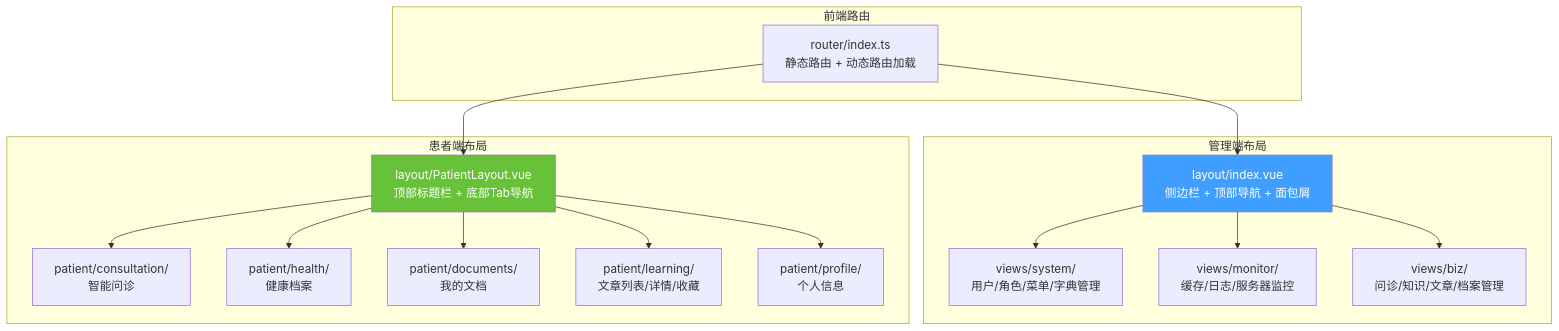
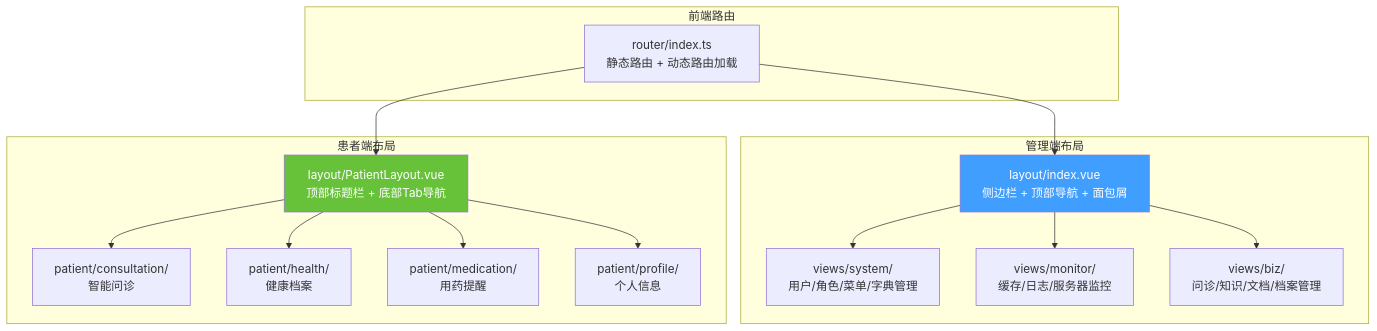
Before and after one commit to qlzhj03/axzl: diagram 19 of 21 in docs/02-系统设计文档.md, drawn with Mermaid. The commit also changed other lines of this file and 13 other files, not shown here.

````diff
--- a/docs/02-系统设计文档.md
+++ b/docs/02-系统设计文档.md
@@ -765,28 +732,27 @@
 ```mermaid
 graph TB
     subgraph 前端路由
         Router["router/index.ts<br/>静态路由 + 动态路由加载"]
     end
 
     subgraph 管理端布局
         AdminLayout["layout/index.vue<br/>侧边栏 + 顶部导航 + 面包屑"]
         AdminLayout --> S1["views/system/<br/>用户/角色/菜单/字典管理"]
         AdminLayout --> S2["views/monitor/<br/>缓存/日志/服务器监控"]
-        AdminLayout --> S3["views/biz/<br/>问诊/知识/文章/档案管理"]
+        AdminLayout --> S3["views/biz/<br/>问诊/知识/文档/档案管理"]
     end
 
     subgraph 患者端布局
         PatientLayout["layout/PatientLayout.vue<br/>顶部标题栏 + 底部Tab导航"]
         PatientLayout --> P1["patient/consultation/<br/>智能问诊"]
         PatientLayout --> P2["patient/health/<br/>健康档案"]
-        PatientLayout --> P3["patient/documents/<br/>我的文档"]
-        PatientLayout --> P4["patient/learning/<br/>文章列表/详情/收藏"]
-        PatientLayout --> P5["patient/profile/<br/>个人信息"]
+        PatientLayout --> P3["patient/medication/<br/>用药提醒"]
+        PatientLayout --> P4["patient/profile/<br/>个人信息"]
     end
 
     Router --> AdminLayout
     Router --> PatientLayout
 
     style AdminLayout fill:#409EFF,color:#fff
     style PatientLayout fill:#67C23A,color:#fff
 ```
````
